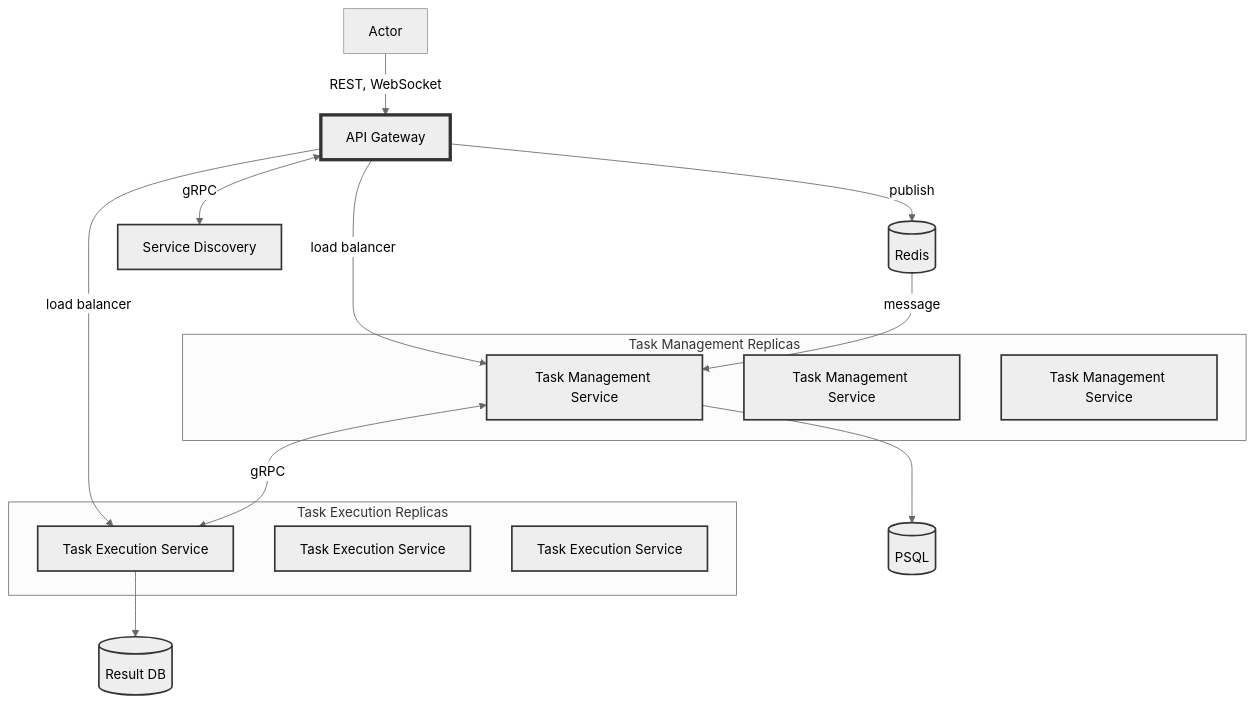
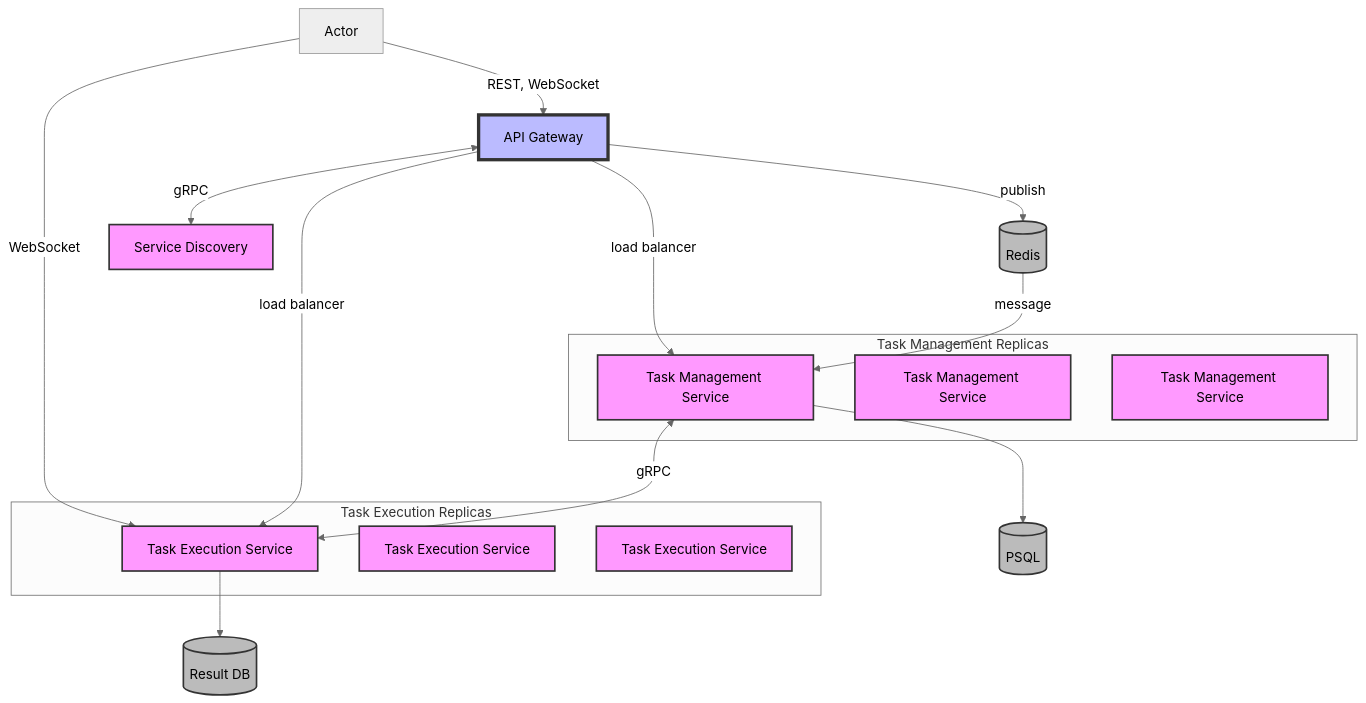
The second of 2 diagrams in README.md (CaraAlexandr/PAD_Labs), drawn with Mermaid (neutral theme) before and after one commit. The commit also changed other lines of this file, not shown here.

````diff
--- a/README.md
+++ b/README.md
@@ -39,32 +39,37 @@
 ```mermaid
-graph TD
-    A[Actor] -->|REST, WebSocket| B[API Gateway]
-    B -->|publish| C[(Redis)]
-    B <-->|gRPC| D[Service Discovery]
-    B -->|load balancer| E[Task Management Service]
-    B -->|load balancer| F[Task Execution Service]
-    
-    C -->|message| E
-    E <-->|gRPC| F
-    E --> G[(PSQL)]
-    F --> H[(Result DB)]
-    
-    subgraph "Task Management Replicas"
-    E
-    E2[Task Management Service]
-    E3[Task Management Service]
-    end
-    
-    subgraph "Task Execution Replicas"
-    F
-    F2[Task Execution Service]
-    F3[Task Execution Service]
-    end
+flowchart TD
+ subgraph subGraph0["Task Management Replicas"]
+        E["Task Management Service"]
+        E2["Task Management Service"]
+        E3["Task Management Service"]
+  end
+ subgraph subGraph1["Task Execution Replicas"]
+        F["Task Execution Service"]
+        F2["Task Execution Service"]
+        F3["Task Execution Service"]
+  end
+    A["Actor"] -- REST, WebSocket --> B["API Gateway"]
+    A["Actor"] -- WebSocket --> F
 
-    classDef service stroke:#333,stroke-width:2px;
-    classDef database stroke:#333,stroke-width:2px;
-    classDef gateway stroke:#333,stroke-width:4px;
-    class B gateway;
-    class C,G,H database;
-    class D,E,E2,E3,F,F2,F3 service;
+    B -- publish --> C[("Redis")]
+    B <-- gRPC --> D["Service Discovery"]
+    B -- load balancer --> E & F
+    C -- message --> E
+    E <-- gRPC --> F
+    E --> G[("PSQL")]
+    F --> H[("Result DB")]
+     E:::service
+     E2:::service
+     E3:::service
+     F:::service
+     F2:::service
+     F3:::service
+     B:::gateway
+     C:::database
+     D:::service
+     G:::database
+     H:::database
+    classDef service fill:#f9f,stroke:#333,stroke-width:2px
+    classDef database fill:#bbb,stroke:#333,stroke-width:2px
+    classDef gateway fill:#bbf,stroke:#333,stroke-width:4px
 ```
````
